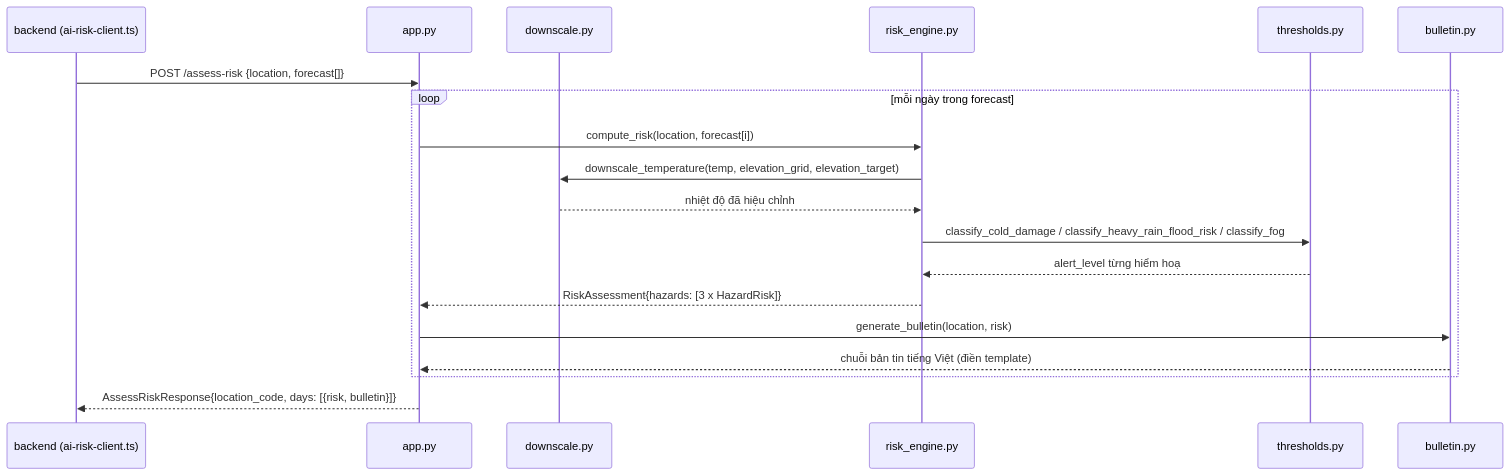
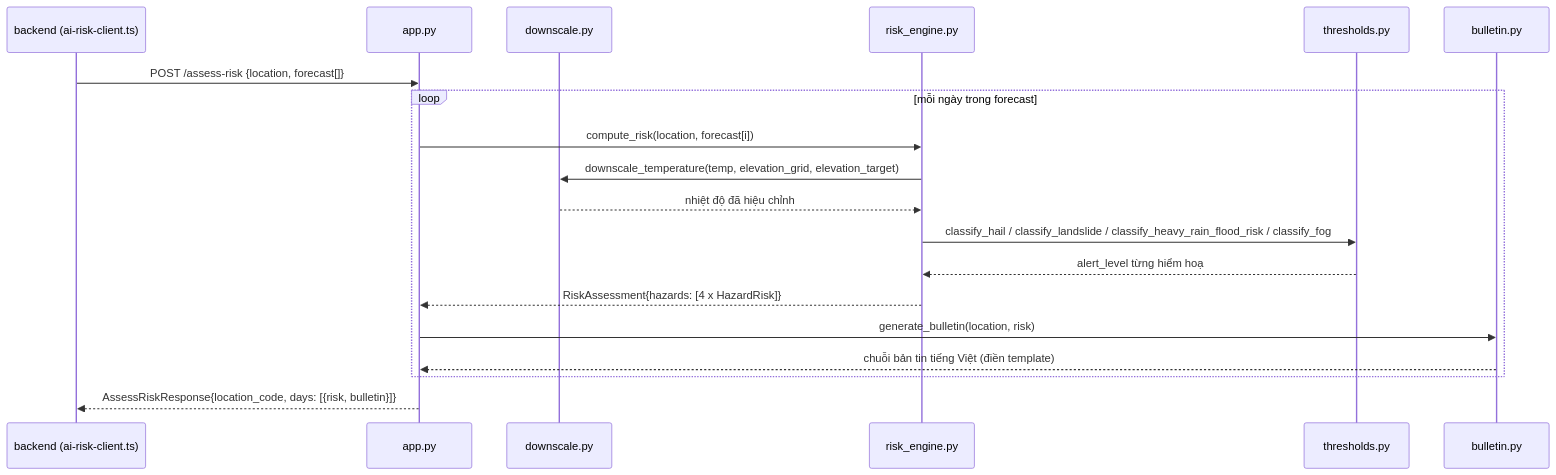
Before and after one commit to Frenkiyus1/Forestgump: the second of 2 diagrams in ai_engine/README.md, drawn with Mermaid. The commit also changed other lines of this file and 25 other files, not shown here.

````diff
--- a/ai_engine/README.md
+++ b/ai_engine/README.md
@@ -229,22 +229,22 @@
 ```mermaid
 sequenceDiagram
     participant BE as backend (ai-risk-client.ts)
     participant APP as app.py
     participant DS as downscale.py
     participant RE as risk_engine.py
     participant TH as thresholds.py
     participant BU as bulletin.py
 
     BE->>APP: POST /assess-risk {location, forecast[]}
     loop mỗi ngày trong forecast
         APP->>RE: compute_risk(location, forecast[i])
         RE->>DS: downscale_temperature(temp, elevation_grid, elevation_target)
         DS-->>RE: nhiệt độ đã hiệu chỉnh
-        RE->>TH: classify_cold_damage / classify_heavy_rain_flood_risk / classify_fog
+        RE->>TH: classify_hail / classify_landslide / classify_heavy_rain_flood_risk / classify_fog
         TH-->>RE: alert_level từng hiểm hoạ
-        RE-->>APP: RiskAssessment{hazards: [3 x HazardRisk]}
+        RE-->>APP: RiskAssessment{hazards: [4 x HazardRisk]}
         APP->>BU: generate_bulletin(location, risk)
         BU-->>APP: chuỗi bản tin tiếng Việt (điền template)
     end
     APP-->>BE: AssessRiskResponse{location_code, days: [{risk, bulletin}]}
 ```
````
